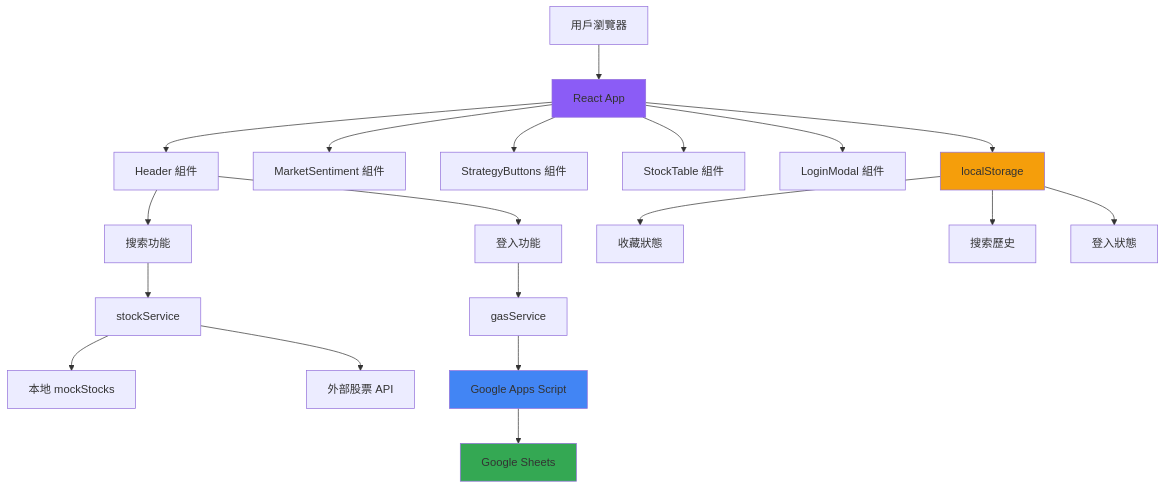
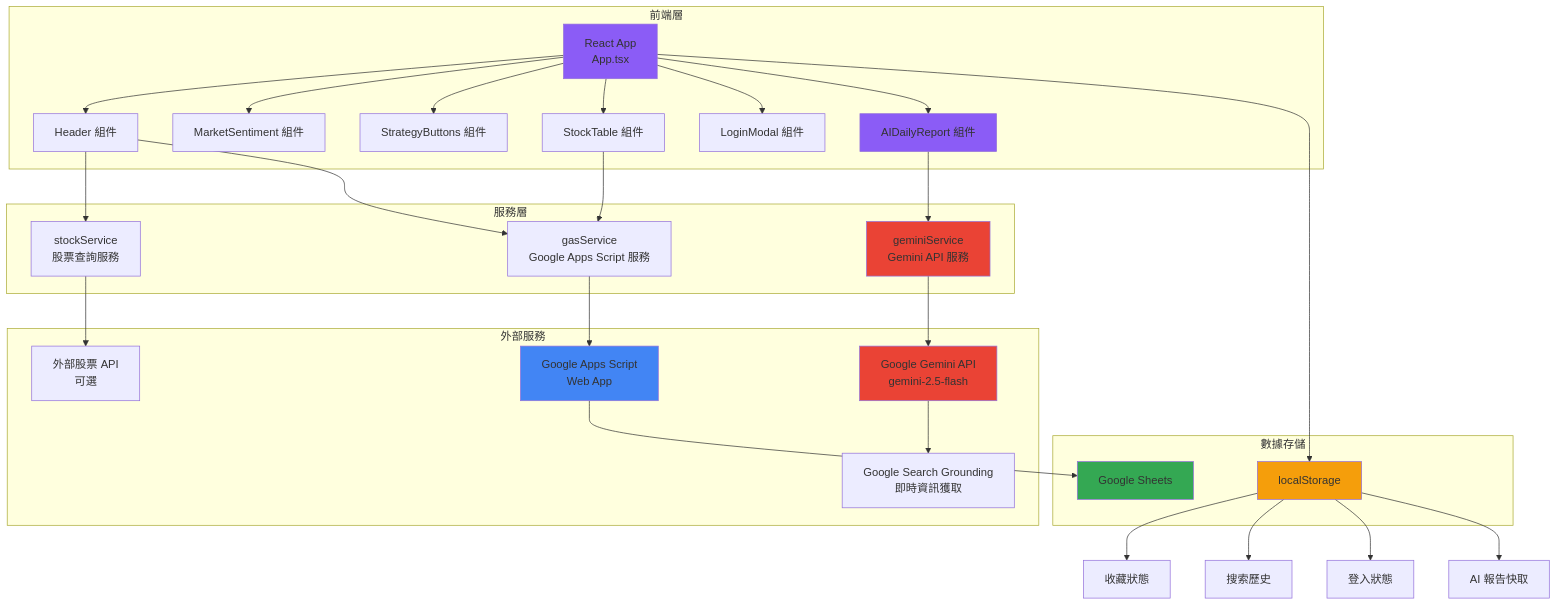
The first of 6 diagrams in README.md (qwerboy-design/gemini-fintech-pro), drawn with Mermaid before and after one commit. The commit also changed other lines of this file and 87 other files, not shown here.

````diff
--- a/README.md
+++ b/README.md
@@ -157,31 +187,63 @@
 ```mermaid
 graph TB
-    A[用戶瀏覽器] --> B[React App]
-    B --> C[Header 組件]
-    B --> D[MarketSentiment 組件]
-    B --> E[StrategyButtons 組件]
-    B --> F[StockTable 組件]
-    B --> G[LoginModal 組件]
+    subgraph "前端層"
+        A[React App<br/>App.tsx]
+        B[Header 組件]
+        C[MarketSentiment 組件]
+        D[StrategyButtons 組件]
+        E[StockTable 組件]
+        F[LoginModal 組件]
+        G[AIDailyReport 組件]
+    end
     
-    C --> H[搜索功能]
-    C --> I[登入功能]
+    subgraph "服務層"
+        H[stockService<br/>股票查詢服務]
+        I[gasService<br/>Google Apps Script 服務]
+        J[geminiService<br/>Gemini API 服務]
+    end
     
-    H --> J[stockService]
-    I --> K[gasService]
+    subgraph "外部服務"
+        K[Google Gemini API<br/>gemini-2.5-flash]
+        L[Google Search Grounding<br/>即時資訊獲取]
+        M[Google Apps Script<br/>Web App]
+        N[外部股票 API<br/>可選]
+    end
     
-    J --> L[本地 mockStocks]
-    J --> M[外部股票 API]
+    subgraph "數據存儲"
+        O[localStorage]
+        P[Google Sheets]
+    end
     
-    K --> N[Google Apps Script]
-    N --> O[Google Sheets]
+    A --> B
+    A --> C
+    A --> D
+    A --> E
+    A --> F
+    A --> G
     
-    B --> P[localStorage]
-    P --> Q[收藏狀態]
-    P --> R[搜索歷史]
-    P --> S[登入狀態]
+    B --> H
+    B --> I
+    G --> J
+    E --> I
     
-    style B fill:#8b5cf6
-    style N fill:#4285f4
-    style O fill:#34a853
-    style P fill:#f59e0b
+    H --> N
+    I --> M
+    J --> K
+    K --> L
+    
+    M --> P
+    
+    A --> O
+    O --> O1[收藏狀態]
+    O --> O2[搜索歷史]
+    O --> O3[登入狀態]
+    O --> O4[AI 報告快取]
+    
+    style A fill:#8b5cf6
+    style G fill:#8b5cf6
+    style J fill:#ea4335
+    style K fill:#ea4335
+    style M fill:#4285f4
+    style P fill:#34a853
+    style O fill:#f59e0b
 ```
````
